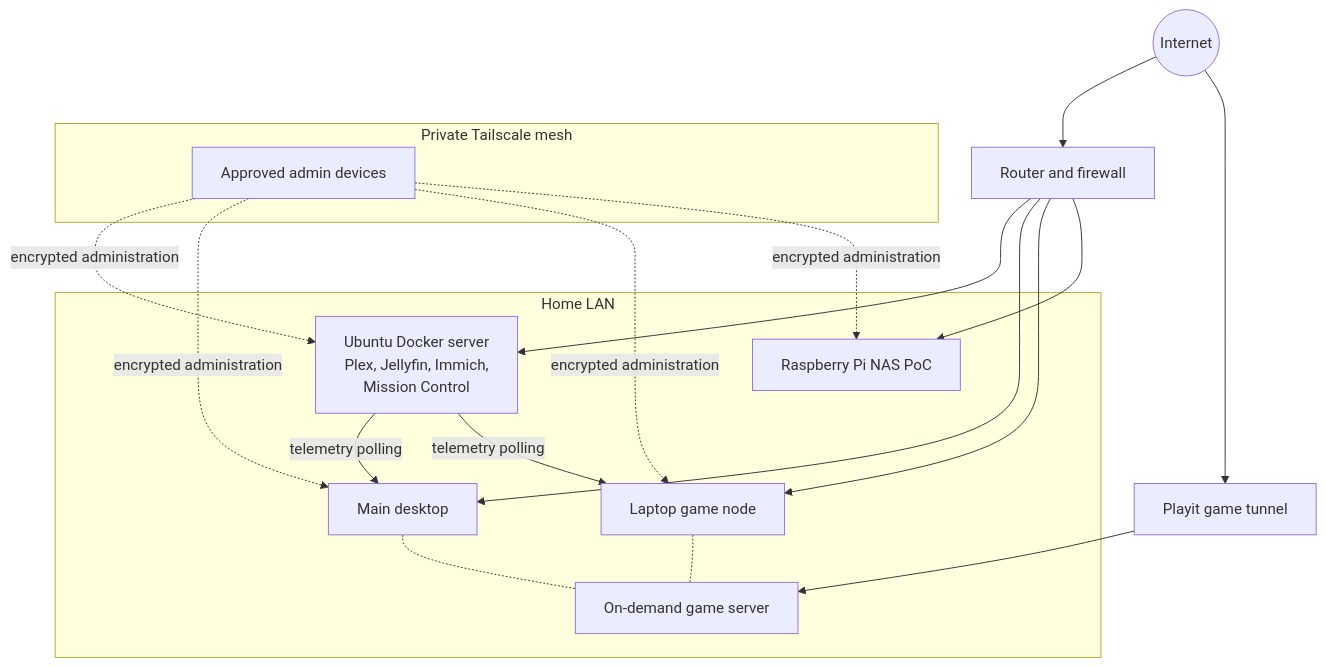
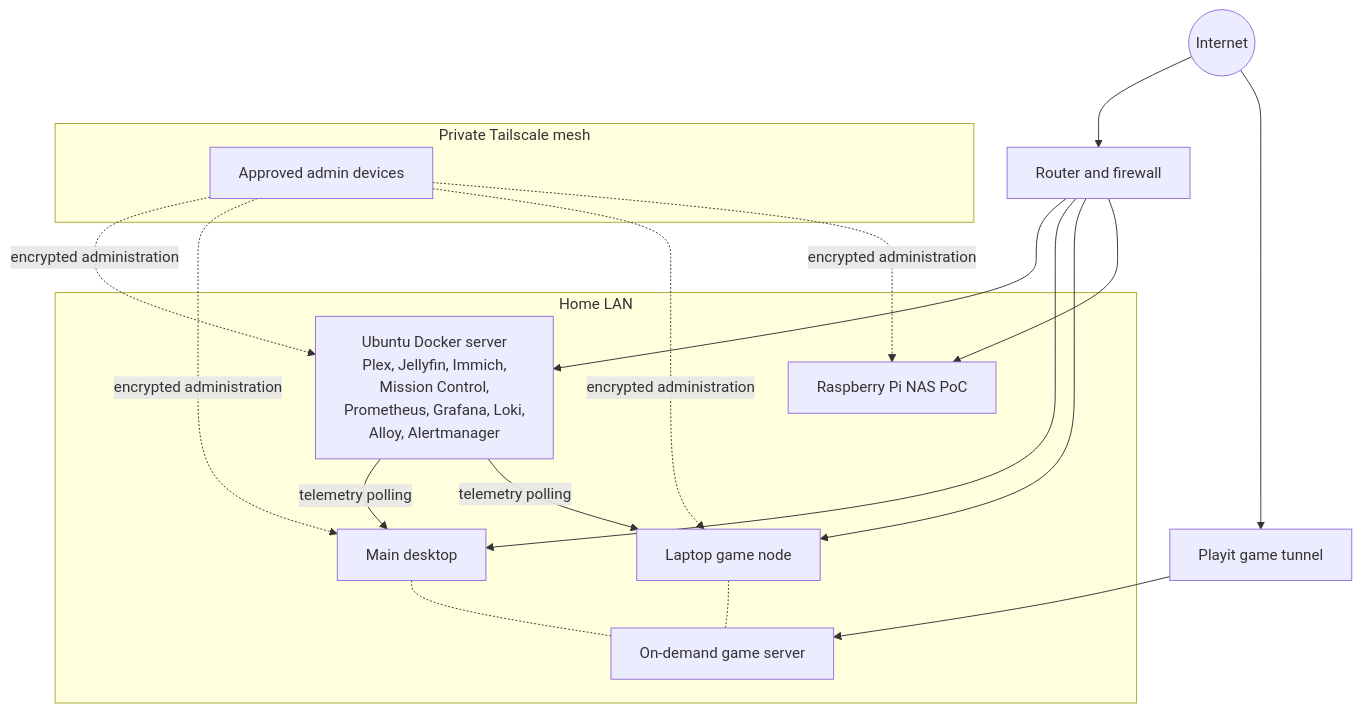
One commit to SaiAnumula/homelab changed the diagram in docs/network-topology.md. Above: the diagram before and after it, drawn with Mermaid. The commit also changed other lines of this file and 6 other files, not shown here.

````diff
--- a/docs/network-topology.md
+++ b/docs/network-topology.md
@@ -8,34 +8,34 @@
 ```mermaid
 flowchart TD
     Internet((Internet))
     Router["Router and firewall"]
     Tunnel["Playit game tunnel"]
 
     subgraph LAN["Home LAN"]
-        Server["Ubuntu Docker server<br/>Plex, Jellyfin, Immich,<br/>Mission Control"]
+        Server["Ubuntu Docker server<br/>Plex, Jellyfin, Immich,<br/>Mission Control,<br/>Prometheus, Grafana, Loki,<br/>Alloy, Alertmanager"]
         Desktop["Main desktop"]
         Laptop["Laptop game node"]
         Pi["Raspberry Pi NAS PoC"]
         Game["On-demand game server"]
     end
 
     subgraph Mesh["Private Tailscale mesh"]
         Admin["Approved admin devices"]
     end
 
     Internet --> Router
     Router --> Server
     Router --> Desktop
     Router --> Laptop
     Router --> Pi
     Internet --> Tunnel
     Tunnel --> Game
     Desktop -.- Game
     Laptop -.- Game
     Server -- "telemetry polling" --> Desktop
     Server -- "telemetry polling" --> Laptop
     Admin -. "encrypted administration" .-> Server
     Admin -. "encrypted administration" .-> Desktop
     Admin -. "encrypted administration" .-> Laptop
     Admin -. "encrypted administration" .-> Pi
 ```
````
